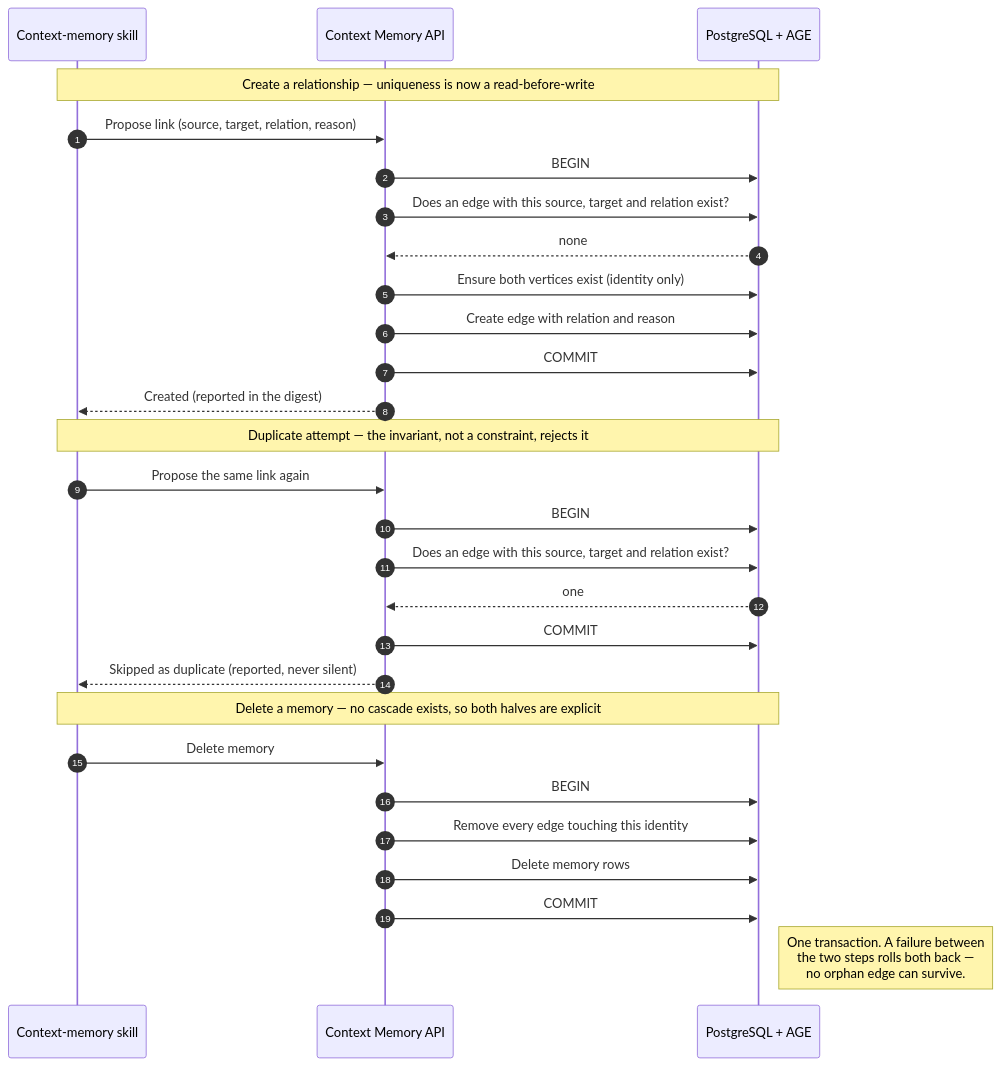
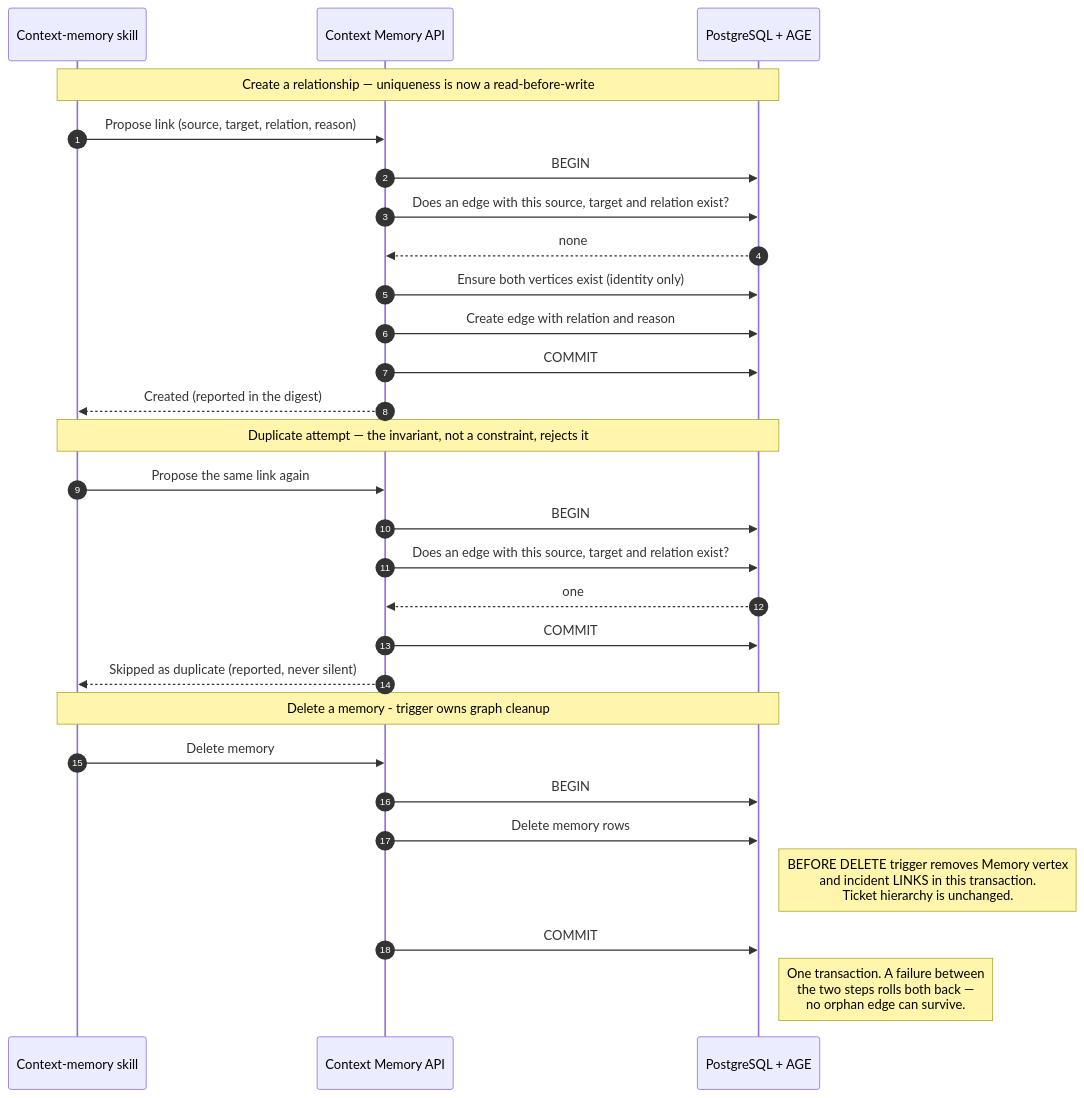
Before and after one commit to generic-automation-and-it/smooth-ai-product-context-memory: the third of 3 diagrams in docs/hlds/003-graph-edges-on-age/diagrams/c4-context.md, drawn with Mermaid. The commit also changed other lines of this file and 59 other files, not shown here.

First line of the commit message:
feat[62]: add scoped ticket hierarchy and near-miss findings (#63)

````diff
--- a/docs/hlds/003-graph-edges-on-age/diagrams/c4-context.md
+++ b/docs/hlds/003-graph-edges-on-age/diagrams/c4-context.md
@@ -114,36 +131,36 @@
 ```mermaid
 sequenceDiagram
     autonumber
     participant Skill as Context-memory skill
     participant API as Context Memory API
     participant PG as PostgreSQL + AGE
 
     Note over Skill,PG: Create a relationship — uniqueness is now a read-before-write
 
     Skill->>API: Propose link (source, target, relation, reason)
     API->>PG: BEGIN
     API->>PG: Does an edge with this source, target and relation exist?
     PG-->>API: none
     API->>PG: Ensure both vertices exist (identity only)
     API->>PG: Create edge with relation and reason
     API->>PG: COMMIT
     API-->>Skill: Created (reported in the digest)
 
     Note over Skill,PG: Duplicate attempt — the invariant, not a constraint, rejects it
 
     Skill->>API: Propose the same link again
     API->>PG: BEGIN
     API->>PG: Does an edge with this source, target and relation exist?
     PG-->>API: one
     API->>PG: COMMIT
     API-->>Skill: Skipped as duplicate (reported, never silent)
 
-    Note over Skill,PG: Delete a memory — no cascade exists, so both halves are explicit
+    Note over Skill,PG: Delete a memory - trigger owns graph cleanup
 
     Skill->>API: Delete memory
     API->>PG: BEGIN
-    API->>PG: Remove every edge touching this identity
     API->>PG: Delete memory rows
+    Note right of PG: BEFORE DELETE trigger removes Memory vertex<br/>and incident LINKS in this transaction.<br/>Ticket hierarchy is unchanged.
     API->>PG: COMMIT
     Note right of PG: One transaction. A failure between<br/>the two steps rolls both back —<br/>no orphan edge can survive.
 ```
````
